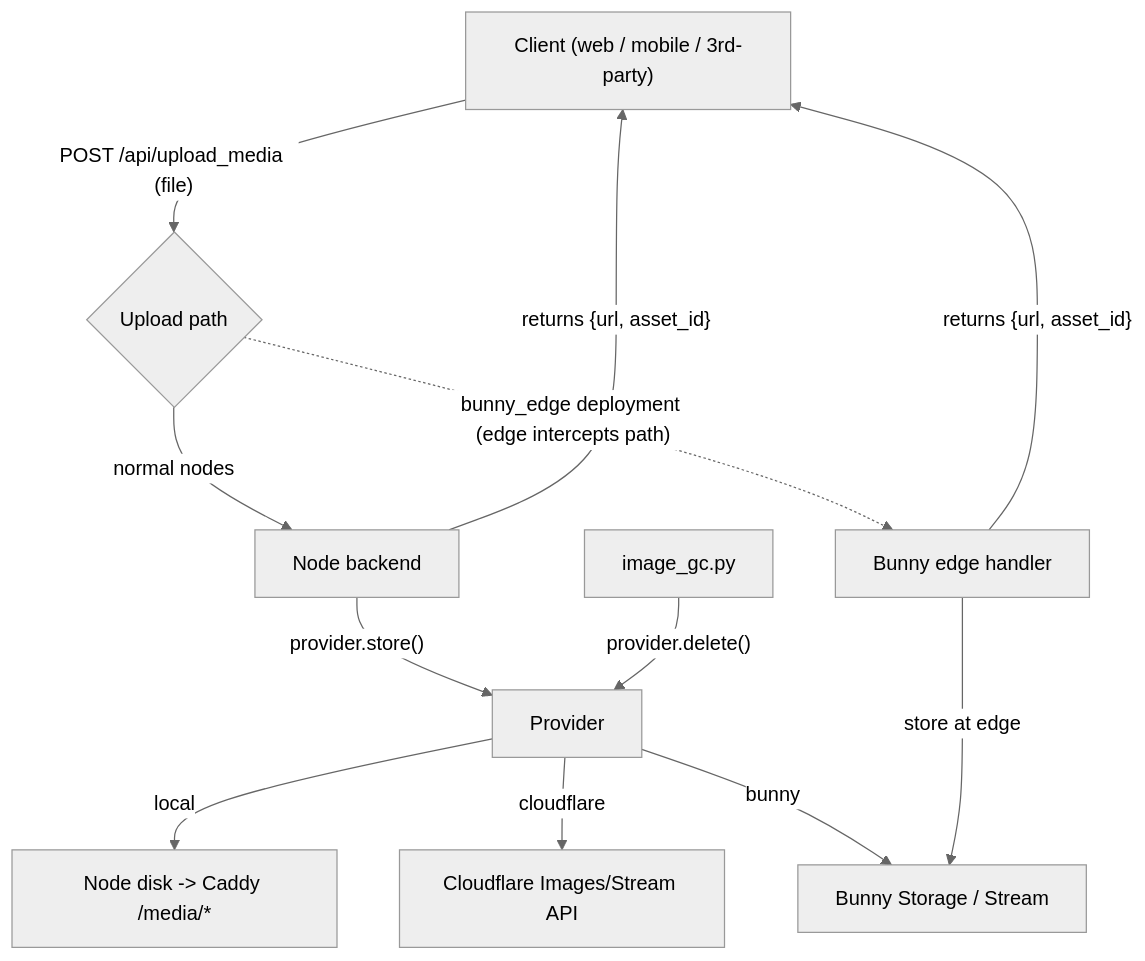
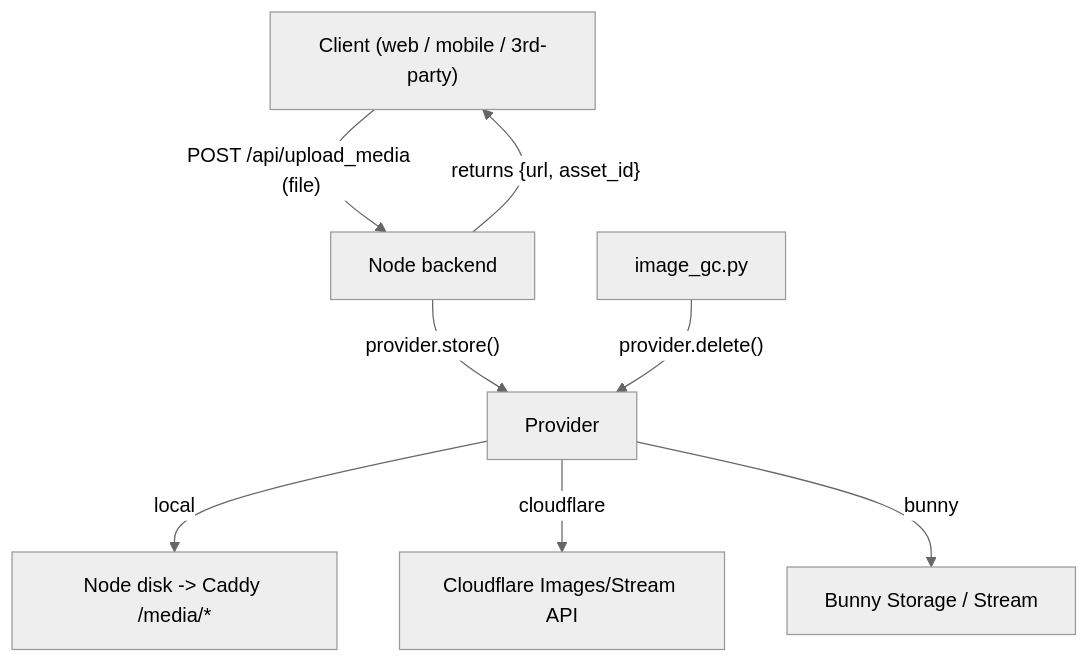
One commit to MirageFoundation/mirage-node changed the diagram in docs/guides/media_providers.md. Above: the diagram before and after it, drawn with Mermaid (neutral theme). The commit also changed other lines of this file and 21 other files, not shown here.

First line of the commit message:
Move media download to post menu, drop bunny_edge, add D7 retention stats.

````diff
--- a/docs/guides/media_providers.md
+++ b/docs/guides/media_providers.md
@@ -119,14 +111,10 @@
 ```mermaid
 flowchart TD
-  Client["Client (web / mobile / 3rd-party)"] -->|"POST /api/upload_media (file)"| Entry{Upload path}
-  Entry -->|"normal nodes"| Backend[Node backend]
-  Entry -.->|"bunny_edge deployment (edge intercepts path)"| EdgeScript["Bunny edge handler"]
+  Client["Client (web / mobile / 3rd-party)"] -->|"POST /api/upload_media (file)"| Backend[Node backend]
   Backend -->|"provider.store()"| Provider
   Provider -->|local| Disk[Node disk -> Caddy /media/*]
   Provider -->|cloudflare| CF[Cloudflare Images/Stream API]
   Provider -->|bunny| BunnyStore[Bunny Storage / Stream]
-  EdgeScript -->|"store at edge"| BunnyStore
   Backend -->|"returns {url, asset_id}"| Client
-  EdgeScript -->|"returns {url, asset_id}"| Client
   GC[image_gc.py] -->|"provider.delete()"| Provider
 ```
````
